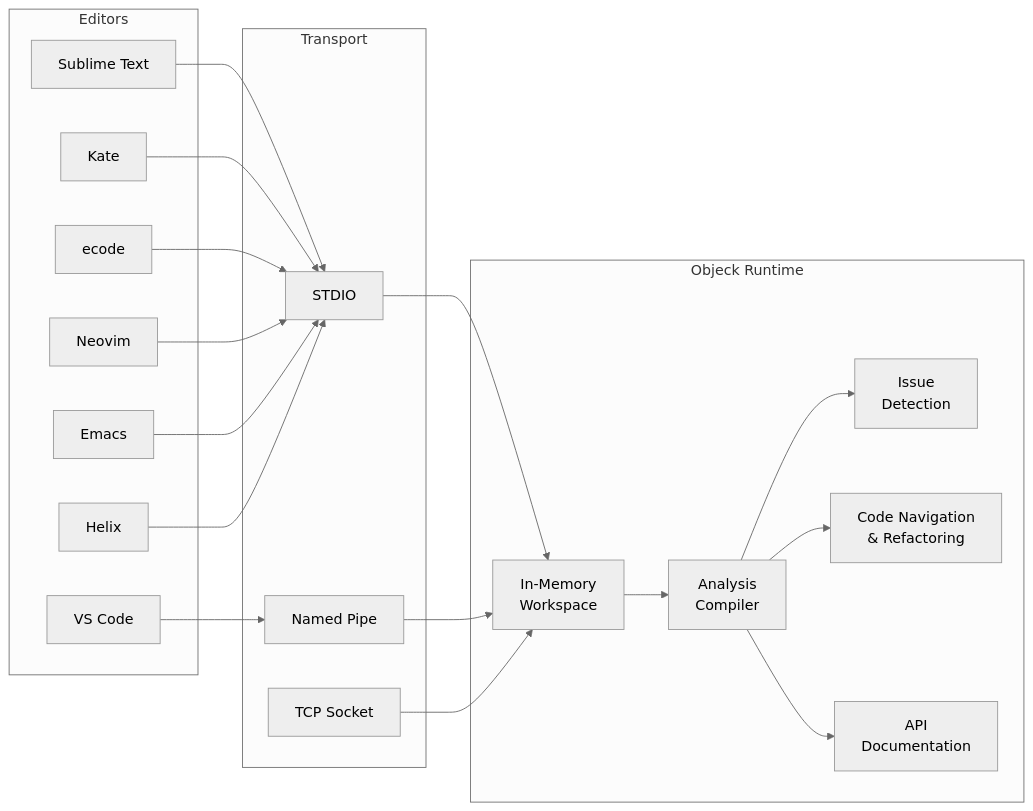
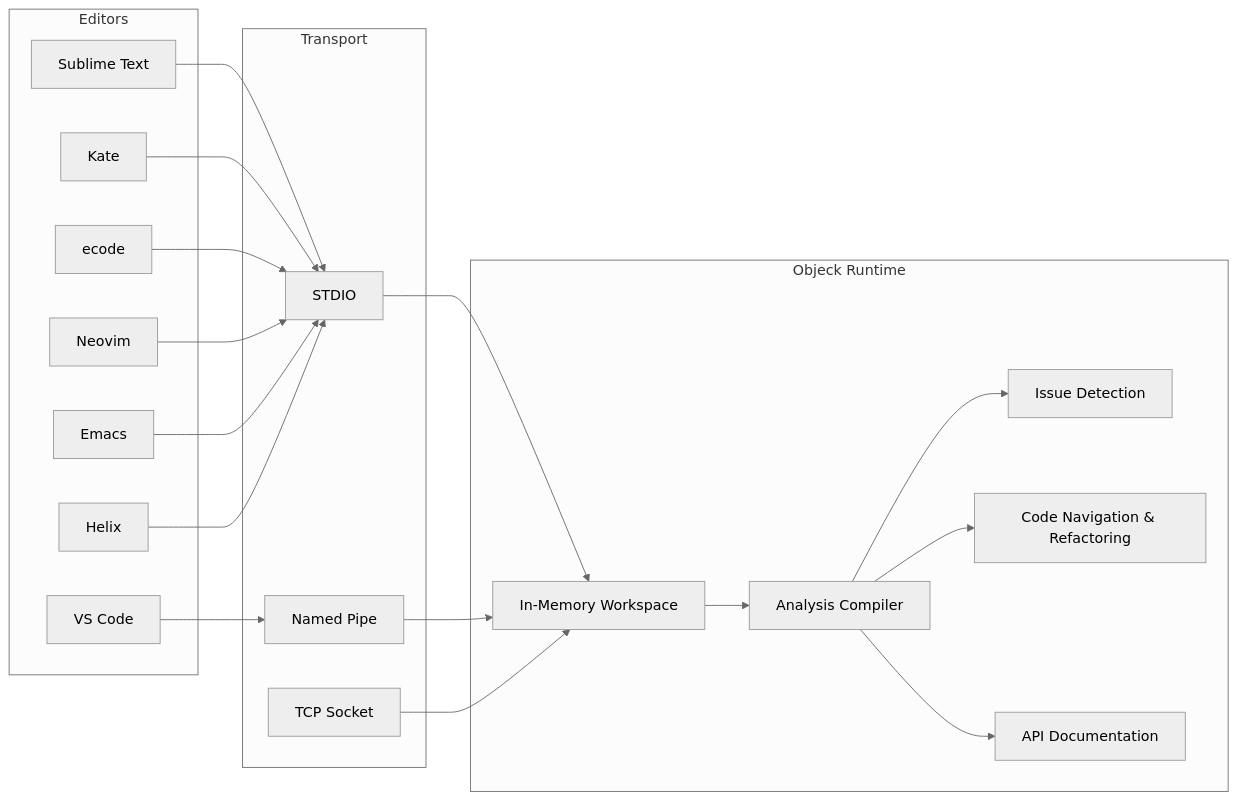
The diagram in README.md (objeck/objeck-lsp), drawn with Mermaid (neutral theme) before and after one commit.

Commit message:
Simplify Mermaid node labels to single-line for reliable rendering

````diff
--- a/README.md
+++ b/README.md
@@ -79,48 +79,43 @@
 ```mermaid
 graph LR
     subgraph Editors
         VSCode[VS Code]
         Sublime[Sublime Text]
         Kate[Kate]
         ecode[ecode]
         Neovim[Neovim]
         Emacs[Emacs]
         Helix[Helix]
     end
 
     subgraph Transport
         STDIO[STDIO]
         Pipe[Named Pipe]
         Socket[TCP Socket]
     end
 
     subgraph Runtime["Objeck Runtime"]
-        Workspace["In-Memory
-        Workspace"]
-        Compiler["Analysis
-        Compiler"]
-        Detection["Issue
-        Detection"]
-        Navigation["Code Navigation
-        & Refactoring"]
-        Docs["API
-        Documentation"]
+        Workspace[In-Memory Workspace]
+        Compiler[Analysis Compiler]
+        Detection[Issue Detection]
+        Navigation[Code Navigation & Refactoring]
+        Docs[API Documentation]
 
         Workspace --> Compiler
         Compiler --> Detection
         Compiler --> Navigation
         Compiler --> Docs
     end
 
     VSCode --> Pipe
     Sublime --> STDIO
     Kate --> STDIO
     ecode --> STDIO
     Neovim --> STDIO
     Emacs --> STDIO
     Helix --> STDIO
 
     STDIO --> Workspace
     Pipe --> Workspace
     Socket --> Workspace
 ```
````
